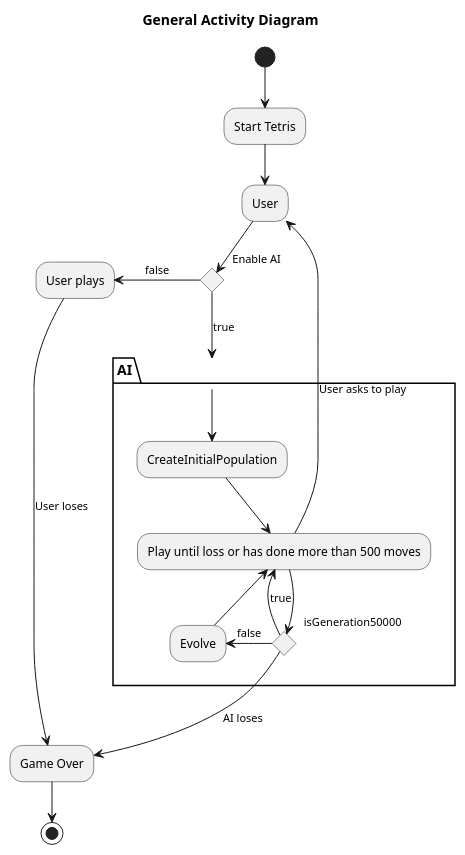
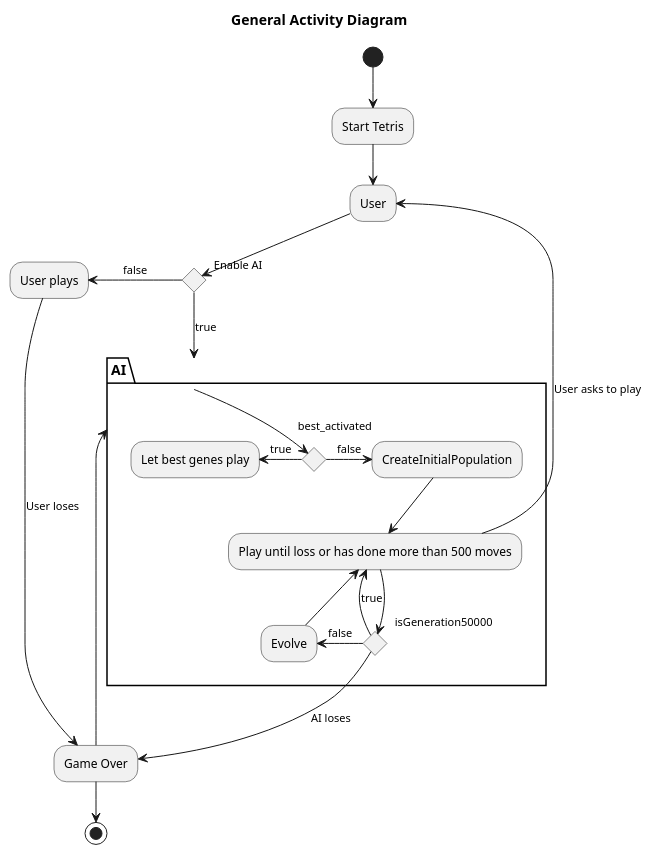
One commit to matissecallewaert/ai-tetris changed the diagram in Analyse/GeneralActivity.puml. Above: the diagram before and after it, drawn with PlantUML. The commit also changed 2 other files, not shown here.

```diff
--- a/Analyse/GeneralActivity.puml
+++ b/Analyse/GeneralActivity.puml
@@ -1,30 +1,35 @@
 @startuml generalActivity
 
 title ==General Activity Diagram==
 
 (*) --> "Start Tetris"
 -->"User"
 if "Enable AI" then
 -down->[true] "AI"
 else
 -left->[false] "User plays"
 -->[User loses] "Game Over"
 partition AI {
-    "AI" --> CreateInitialPopulation
+    -up->"AI"
+    if "best_activated"
+    -left->[true] Let best genes play
+    else
+    -right->[false] CreateInitialPopulation
+    endif
     --> Play until loss or has done more than 500 moves
     if "isGeneration50000"
     -left->[true] "Play until loss or has done more than 500 moves"
     else
     -down->[AI loses]"Game Over"
     else
     -left->[false] Evolve
     -up-> Play until loss or has done more than 500 moves
     endif
 }
 endif
 -up->[User asks to play] User
 
 
 "Game Over" --> (*)
 
 @enduml 
```
